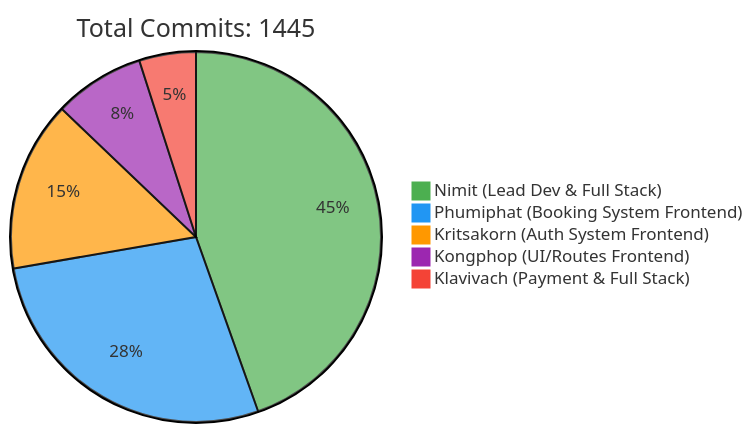
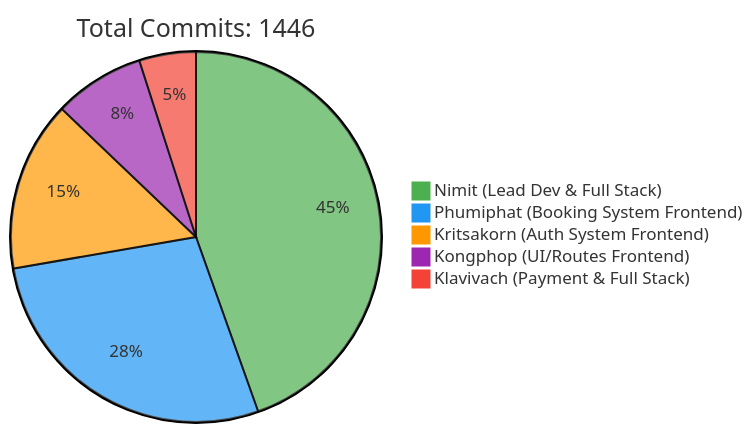
Before and after one commit to 6531503042/Sport-Complex: the first of 2 diagrams in README.md, drawn with Mermaid. The commit also changed other lines of this file, not shown here.

Commit message:
docs: Update contributor statistics [skip ci]

````diff
--- a/README.md
+++ b/README.md
@@ -257,10 +257,10 @@
 ```mermaid
 %%{init: {'theme': 'base', 'themeVariables': { 'pie1': '#4CAF50', 'pie2': '#2196F3', 'pie3': '#FF9800', 'pie4': '#9C27B0', 'pie5': '#F44336'}}}%%
 pie
-    title Total Commits: 1445
+    title Total Commits: 1446
     "Nimit (Lead Dev & Full Stack)" : 450
     "Phumiphat (Booking System Frontend)" : 280
     "Kritsakorn (Auth System Frontend)" : 150
     "Kongphop (UI/Routes Frontend)" : 80
     "Klavivach (Payment & Full Stack)" : 50
 ```
````
